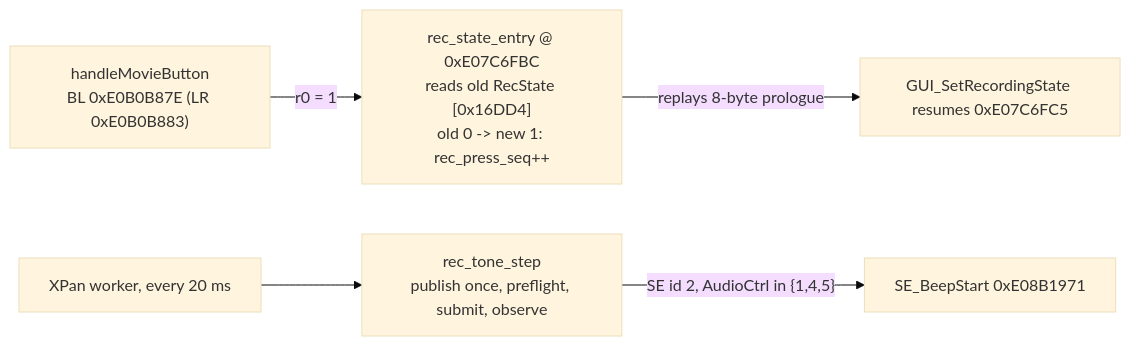
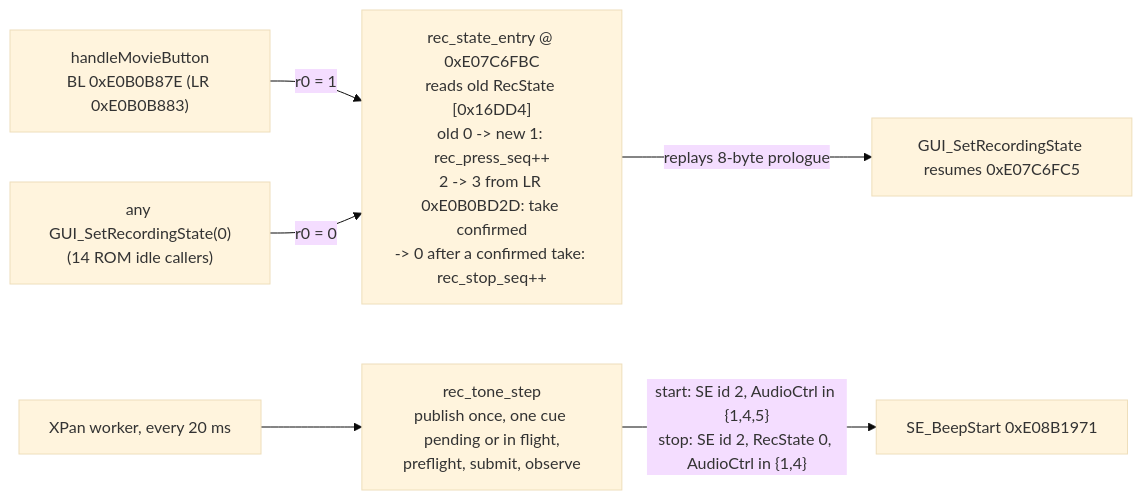
The third of 3 diagrams in docs/xpan.md (WhiteAvocad0/canon-r5-mod), drawn with Mermaid (base theme) before and after one commit. The commit also changed other lines of this file and 6 other files, not shown here.

First line of the commit message:
docs: document the record stop cue and its evidence boundary

````diff
--- a/docs/xpan.md
+++ b/docs/xpan.md
@@ -90,7 +90,8 @@
 ```mermaid
 flowchart LR
-    Press["handleMovieButton<br/>BL 0xE0B0B87E (LR 0xE0B0B883)"] -->|"r0 = 1"| Hook["rec_state_entry @ 0xE07C6FBC<br/>reads old RecState [0x16DD4]<br/>old 0 -> new 1: rec_press_seq++"]
+    Press["handleMovieButton<br/>BL 0xE0B0B87E (LR 0xE0B0B883)"] -->|"r0 = 1"| Hook["rec_state_entry @ 0xE07C6FBC<br/>reads old RecState [0x16DD4]<br/>old 0 -> new 1: rec_press_seq++<br/>2 -> 3 from LR 0xE0B0BD2D: take confirmed<br/>-> 0 after a confirmed take: rec_stop_seq++"]
+    Idle["any GUI_SetRecordingState(0)<br/>(14 ROM idle callers)"] -->|"r0 = 0"| Hook
     Hook -->|"replays 8-byte prologue"| Orig["GUI_SetRecordingState resumes 0xE07C6FC5"]
-    Worker["XPan worker, every 20 ms"] --> Step["rec_tone_step<br/>publish once, preflight, submit, observe"]
-    Step -->|"SE id 2, AudioCtrl in {1,4,5}"| Beep["SE_BeepStart 0xE08B1971"]
+    Worker["XPan worker, every 20 ms"] --> Step["rec_tone_step<br/>publish once, one cue pending or in flight,<br/>preflight, submit, observe"]
+    Step -->|"start: SE id 2, AudioCtrl in {1,4,5}<br/>stop: SE id 2, RecState 0, AudioCtrl in {1,4}"| Beep["SE_BeepStart 0xE08B1971"]
 ```
````
